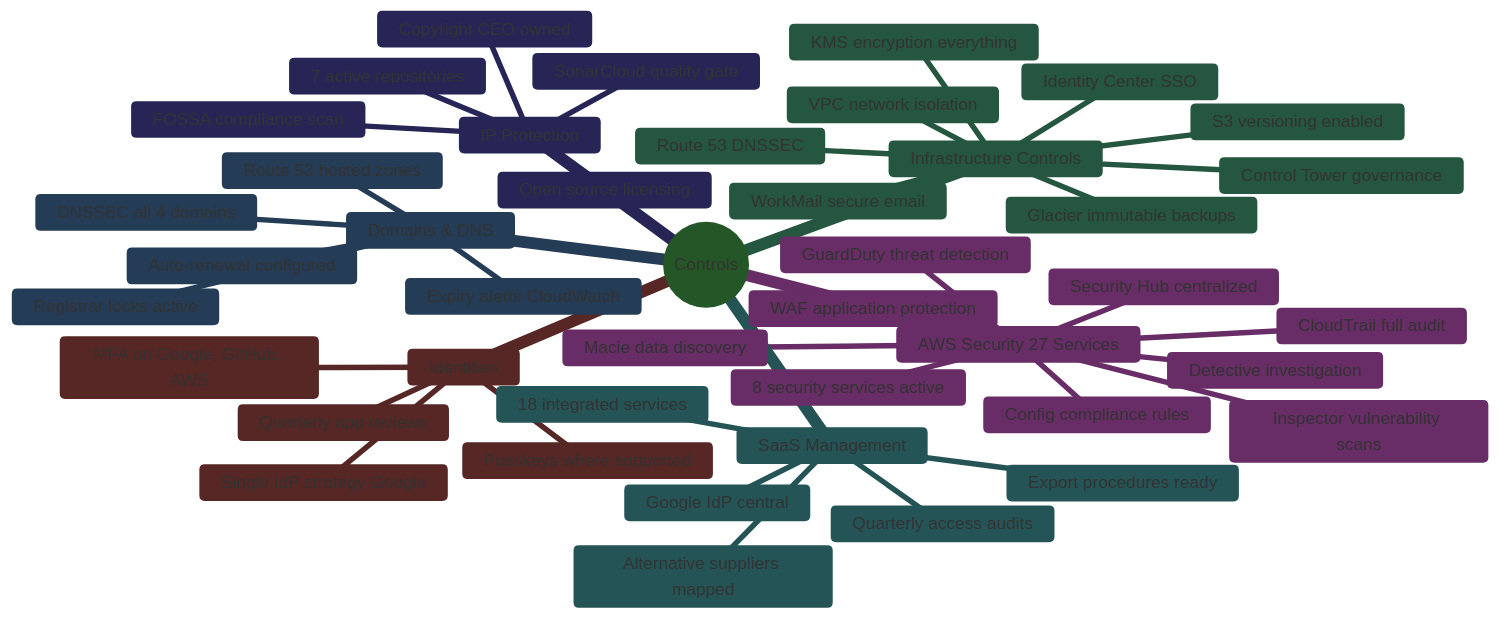
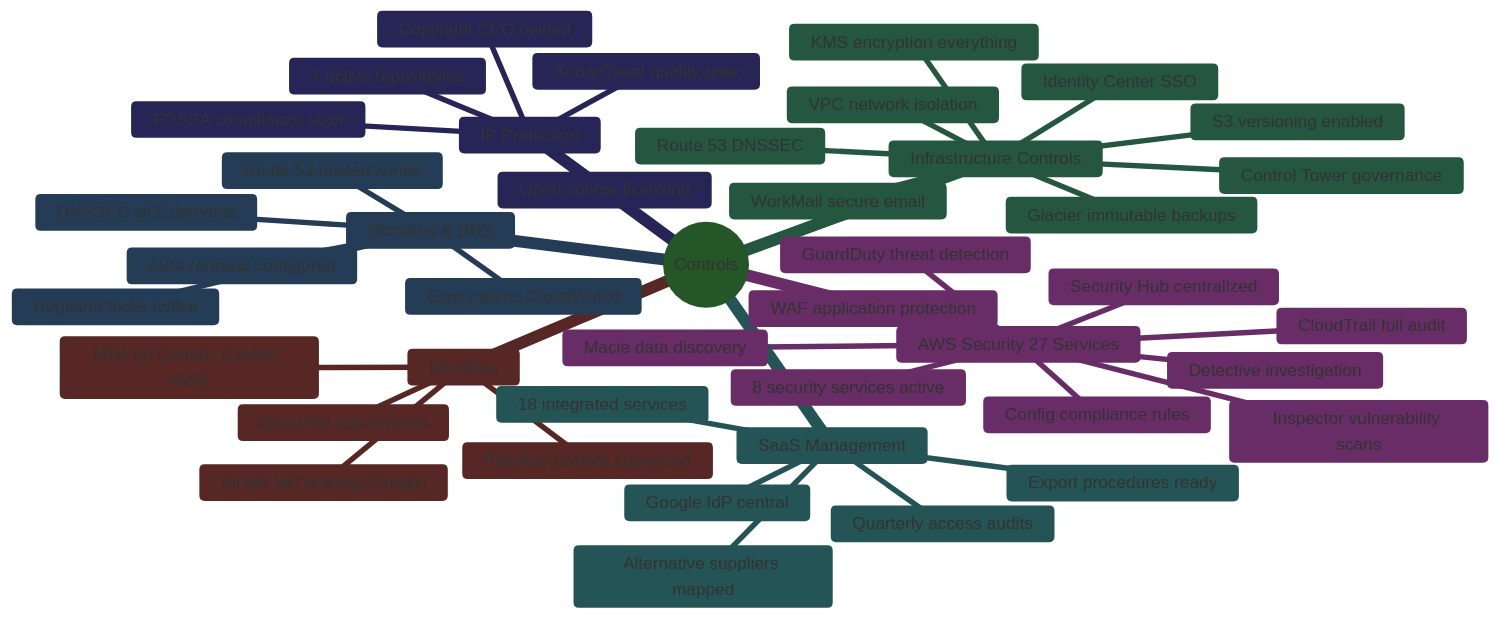
One commit to Hack23/ISMS-PUBLIC changed the fourth of 8 diagrams in Asset_Register.md. Above: the diagram before and after it, drawn with Mermaid. The commit also changed other lines of this file and 9 other files, not shown here.

````diff
--- a/Asset_Register.md
+++ b/Asset_Register.md
@@ -475,49 +477,49 @@
 ```mermaid
 %%{
   init: { 'theme': 'base', 'themeVariables': { 'primaryColor': '#4CAF50', 'lineColor': '#4CAF50' } }
 }%%
 mindmap
   root((Controls))
     Identities
       MFA on Google, GitHub, AWS
       Quarterly app reviews
       Passkeys where supported
       Single IdP strategy Google
     AWS Security 27 Services
       8 security services active
       GuardDuty threat detection
       Security Hub centralized
       Macie data discovery
       WAF application protection
       Inspector vulnerability scans
       Detective investigation
       Config compliance rules
       CloudTrail full audit
     Infrastructure Controls
       Control Tower governance
       Identity Center SSO
       KMS encryption everything
       VPC network isolation
       Route 53 DNSSEC
       S3 versioning enabled
       Glacier immutable backups
       WorkMail secure email
     SaaS Management
       Google IdP central
       18 integrated services
       Quarterly access audits
       Export procedures ready
       Alternative suppliers mapped
     Domains & DNS
       Route 53 hosted zones
-      DNSSEC all 4 domains
+      DNSSEC all 5 domains
       Registrar locks active
       Auto-renewal configured
       Expiry alerts CloudWatch
     IP Protection
       7 active repositories
       Open source licensing
       Copyright CEO owned
       FOSSA compliance scan
       SonarCloud quality gate
 ```
````
